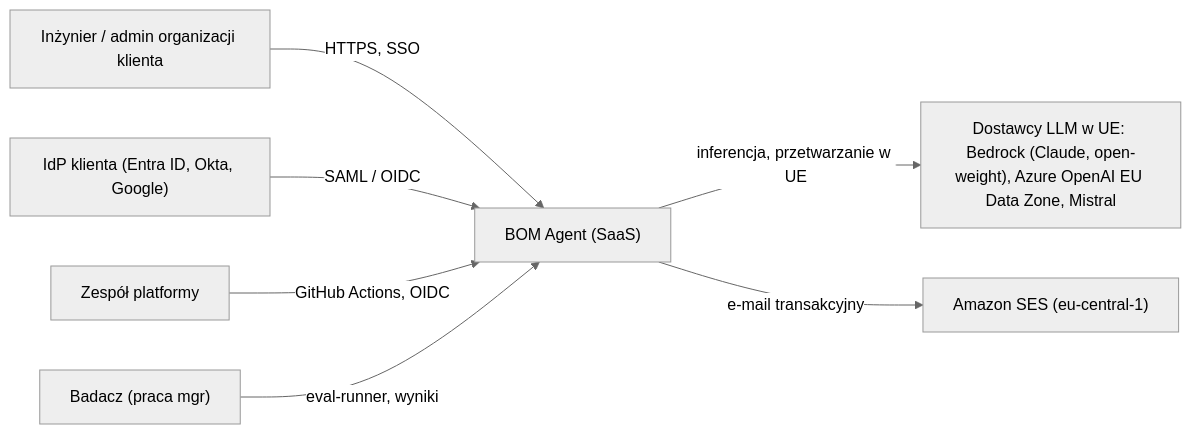
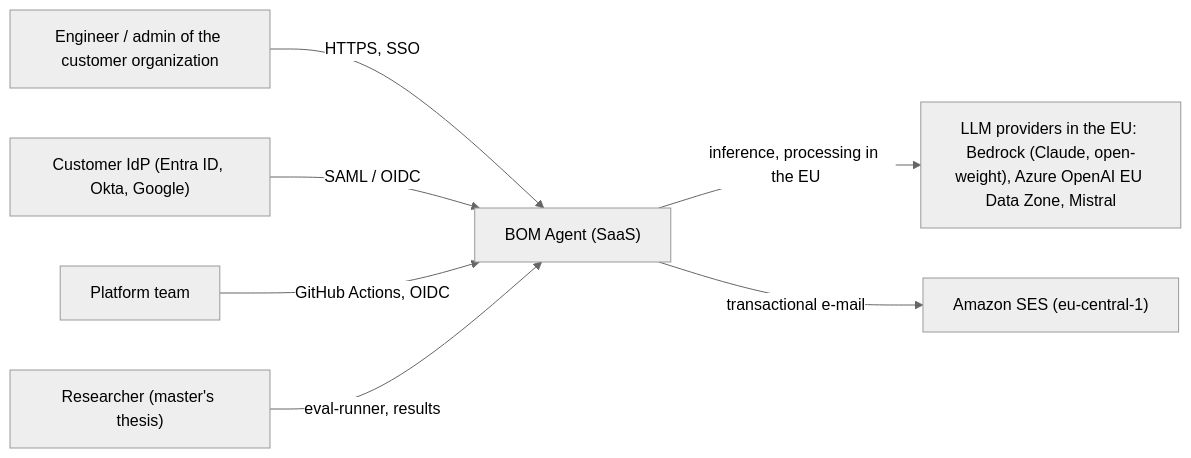
One commit to bartekmalinowski13-commits/mgr-ibm changed the first of 2 diagrams in docs/platform/ARCHITECTURE.md. Above: the diagram before and after it, drawn with Mermaid (neutral theme). The commit also changed other lines of this file and 512 other files, not shown here.

````diff
--- a/docs/platform/ARCHITECTURE.md
+++ b/docs/platform/ARCHITECTURE.md
@@ -22,9 +22,9 @@
 ```mermaid
 flowchart LR
-  user["Inżynier / admin organizacji klienta"] -->|HTTPS, SSO| app["BOM Agent (SaaS)"]
-  idp["IdP klienta (Entra ID, Okta, Google)"] -->|SAML / OIDC| app
-  app -->|inferencja, przetwarzanie w UE| llm["Dostawcy LLM w UE: Bedrock (Claude, open-weight), Azure OpenAI EU Data Zone, Mistral"]
-  app -->|e-mail transakcyjny| ses["Amazon SES (eu-central-1)"]
-  ops["Zespół platformy"] -->|GitHub Actions, OIDC| app
-  researcher["Badacz (praca mgr)"] -->|eval-runner, wyniki| app
+  user["Engineer / admin of the customer organization"] -->|HTTPS, SSO| app["BOM Agent (SaaS)"]
+  idp["Customer IdP (Entra ID, Okta, Google)"] -->|SAML / OIDC| app
+  app -->|inference, processing in the EU| llm["LLM providers in the EU: Bedrock (Claude, open-weight), Azure OpenAI EU Data Zone, Mistral"]
+  app -->|transactional e-mail| ses["Amazon SES (eu-central-1)"]
+  ops["Platform team"] -->|GitHub Actions, OIDC| app
+  researcher["Researcher (master's thesis)"] -->|eval-runner, results| app
 ```
````
